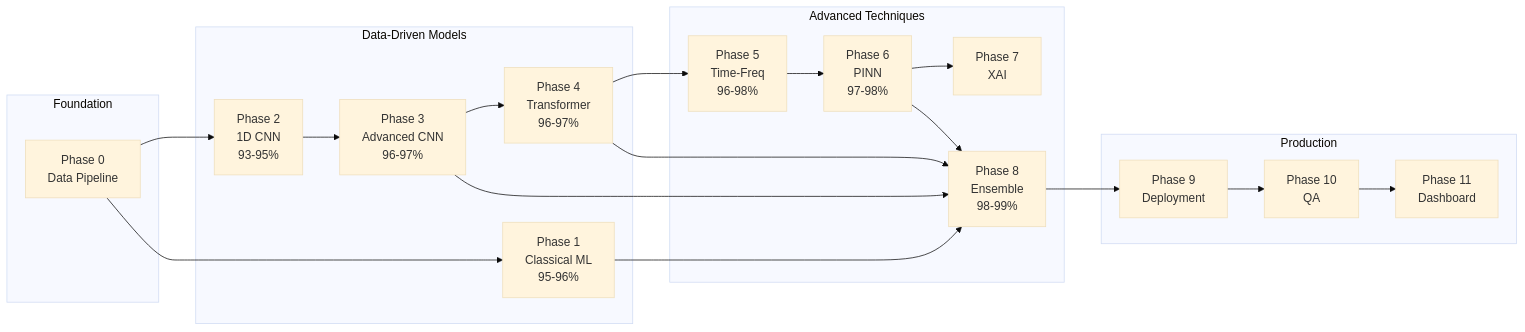
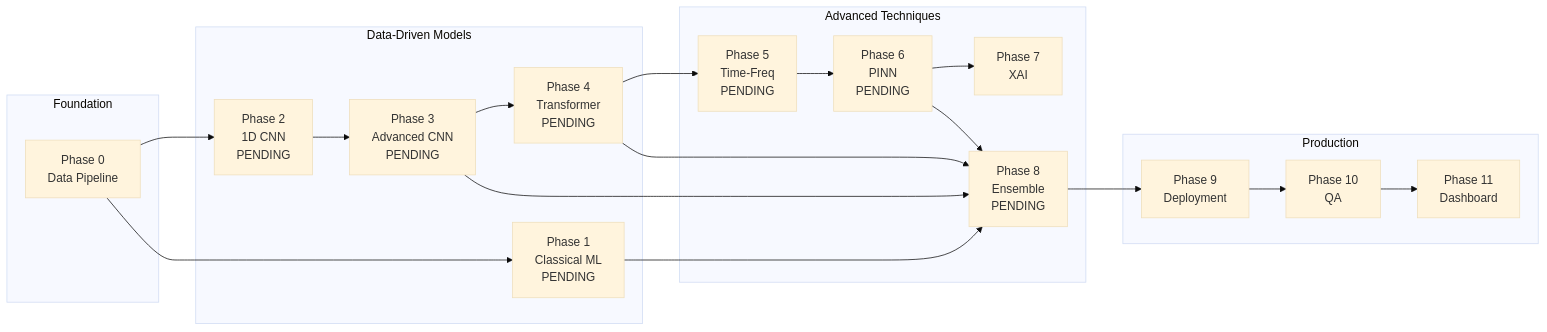
Before and after one commit to abbas-ahmad-cowlar/LSTM_PFD: the second of 4 diagrams in docs/research/project-timeline.md, drawn with Mermaid (base theme). The commit also changed other lines of this file and 26 other files, not shown here.

````diff
--- a/docs/research/project-timeline.md
+++ b/docs/research/project-timeline.md
@@ -35,38 +35,38 @@
 ```mermaid
 flowchart LR
     subgraph Foundation
         P0[Phase 0<br/>Data Pipeline]
     end
 
     subgraph "Data-Driven Models"
-        P1[Phase 1<br/>Classical ML<br/>95-96%]
-        P2[Phase 2<br/>1D CNN<br/>93-95%]
-        P3[Phase 3<br/>Advanced CNN<br/>96-97%]
-        P4[Phase 4<br/>Transformer<br/>96-97%]
+        P1[Phase 1<br/>Classical ML<br/>PENDING]
+        P2[Phase 2<br/>1D CNN<br/>PENDING]
+        P3[Phase 3<br/>Advanced CNN<br/>PENDING]
+        P4[Phase 4<br/>Transformer<br/>PENDING]
     end
 
     subgraph "Advanced Techniques"
-        P5[Phase 5<br/>Time-Freq<br/>96-98%]
-        P6[Phase 6<br/>PINN<br/>97-98%]
+        P5[Phase 5<br/>Time-Freq<br/>PENDING]
+        P6[Phase 6<br/>PINN<br/>PENDING]
         P7[Phase 7<br/>XAI]
-        P8[Phase 8<br/>Ensemble<br/>98-99%]
+        P8[Phase 8<br/>Ensemble<br/>PENDING]
     end
 
     subgraph Production
         P9[Phase 9<br/>Deployment]
         P10[Phase 10<br/>QA]
         P11[Phase 11<br/>Dashboard]
     end
 
     P0 --> P1
     P0 --> P2
     P2 --> P3
     P3 --> P4
     P4 --> P5
     P5 --> P6
     P6 --> P7
     P1 & P3 & P4 & P6 --> P8
     P8 --> P9
     P9 --> P10
     P10 --> P11
 ```
````
